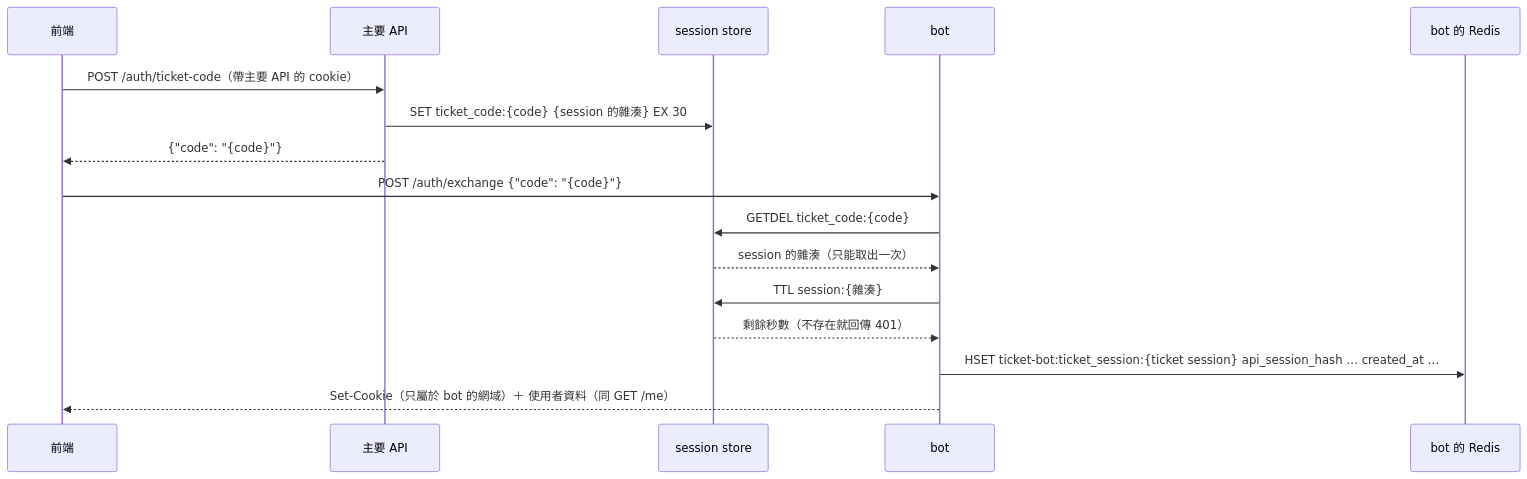
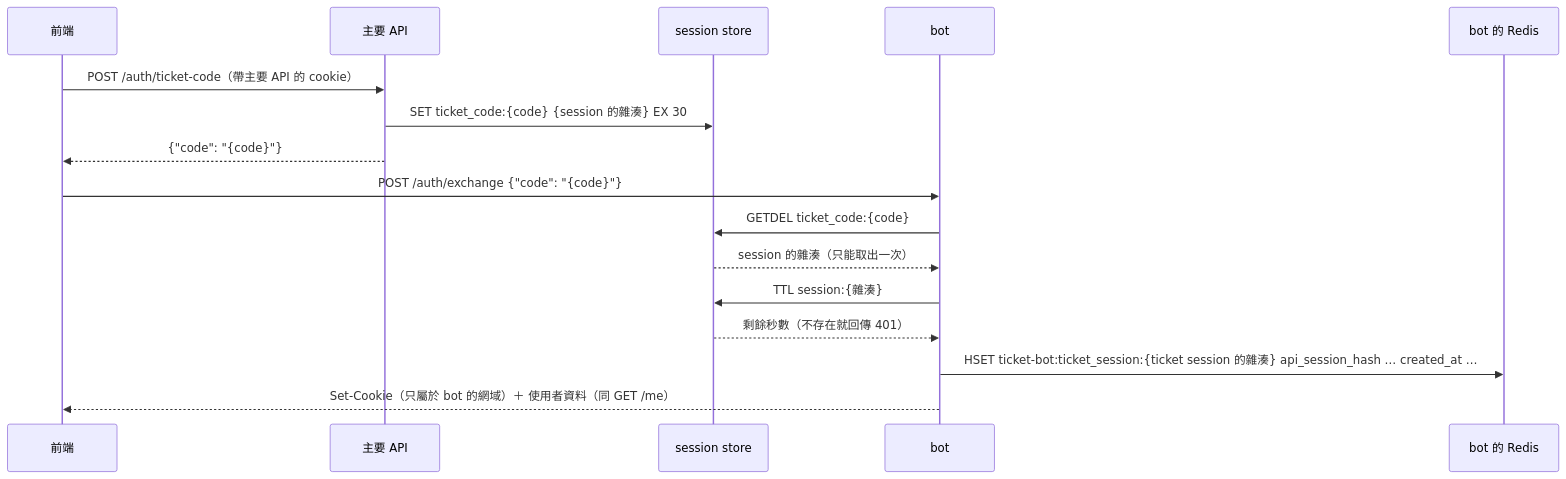
One commit to taiwanfrp/discord-bot changed the first of 2 diagrams in docs/auth.md. Above: the diagram before and after it, drawn with Mermaid. The commit also changed other lines of this file and 20 other files, not shown here.

Commit message:
feat: add http api with session exchange and admin guild endpoints

````diff
--- a/docs/auth.md
+++ b/docs/auth.md
@@ -25,19 +25,19 @@
 ```mermaid
 sequenceDiagram
     participant F as 前端
     participant A as 主要 API
     participant S as session store
     participant B as bot
     participant R as bot 的 Redis
 
     F->>A: POST /auth/ticket-code（帶主要 API 的 cookie）
     A->>S: SET ticket_code:{code} {session 的雜湊} EX 30
     A-->>F: {"code": "{code}"}
     F->>B: POST /auth/exchange {"code": "{code}"}
     B->>S: GETDEL ticket_code:{code}
     S-->>B: session 的雜湊（只能取出一次）
     B->>S: TTL session:{雜湊}
     S-->>B: 剩餘秒數（不存在就回傳 401）
-    B->>R: HSET ticket-bot:ticket_session:{ticket session} api_session_hash … created_at …
+    B->>R: HSET ticket-bot:ticket_session:{ticket session 的雜湊} api_session_hash … created_at …
     B-->>F: Set-Cookie（只屬於 bot 的網域）＋ 使用者資料（同 GET /me）
 ```
````
